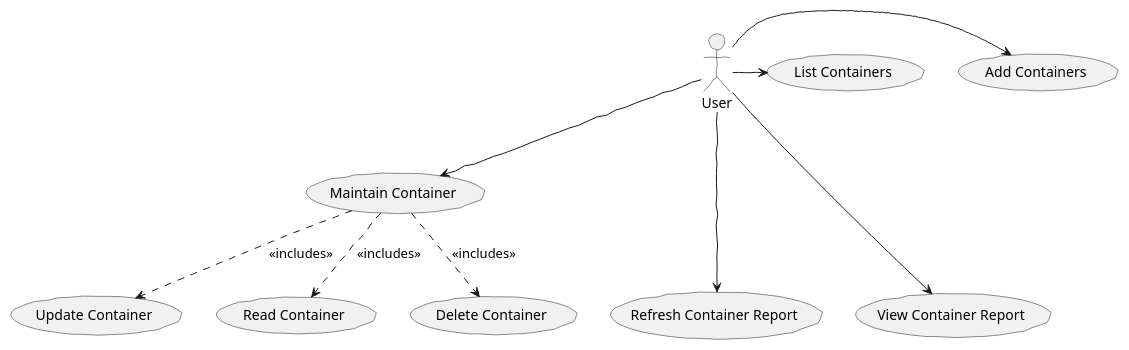
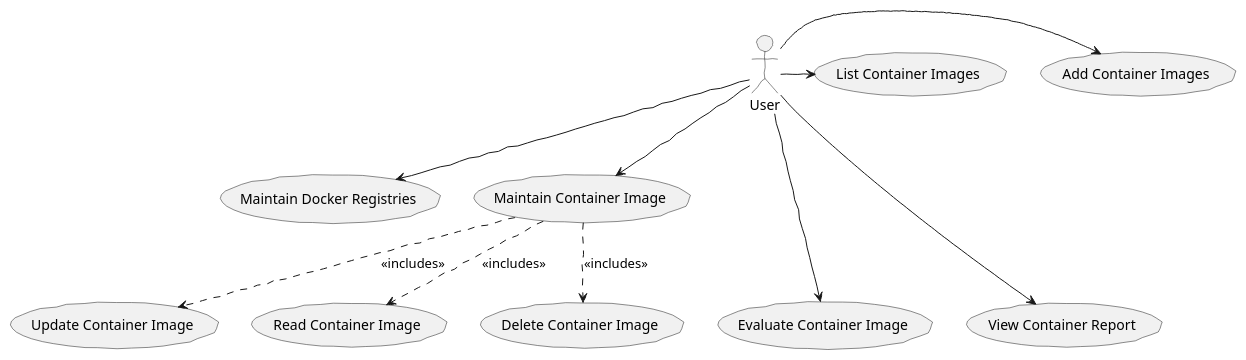
The diagram in diagrams/overview.puml (kevinbayes/clairs-server), drawn with PlantUML before and after one commit. The commit also changed 21 other files, not shown here.

```diff
--- a/diagrams/overview.puml
+++ b/diagrams/overview.puml
@@ -1,24 +1,26 @@
 @startuml
 skinparam handwritten true
 :User: as User
-(Add Containers) as (UC1)
-(List Containers) as (UC2)
+(Add Container Images) as (UC1)
+(List Container Images) as (UC2)
+(Maintain Docker Registries) as (MDR1)
 
-(Maintain Container) as (UC3)
-(Update Container) as (UC3a)
-(Read Container) as (UC3b)
-(Delete Container) as (UC3c)
+(Maintain Container Image) as (UC3)
+(Update Container Image) as (UC3a)
+(Read Container Image) as (UC3b)
+(Delete Container Image) as (UC3c)
 
-(Refresh Container Report) as (UC4)
+(Evaluate Container Image) as (UC4)
 (View Container Report) as (UC5)
 
 User -> (UC1)
 User -> (UC2)
 User --> (UC3)
 User ---> (UC4)
 User ---> (UC5)
+User --> (MDR1)
 
 (UC3) ..> (UC3a) :<<includes>>
 (UC3) ..> (UC3b) :<<includes>>
 (UC3) ..> (UC3c) :<<includes>>
 @enduml
```
